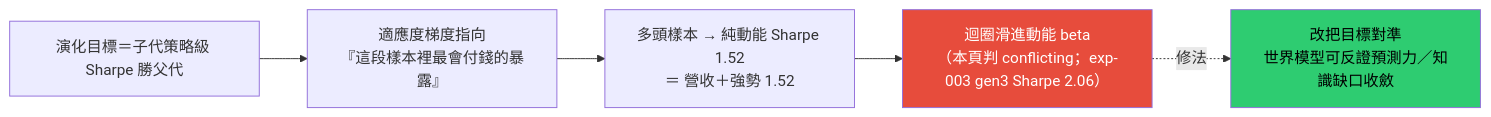
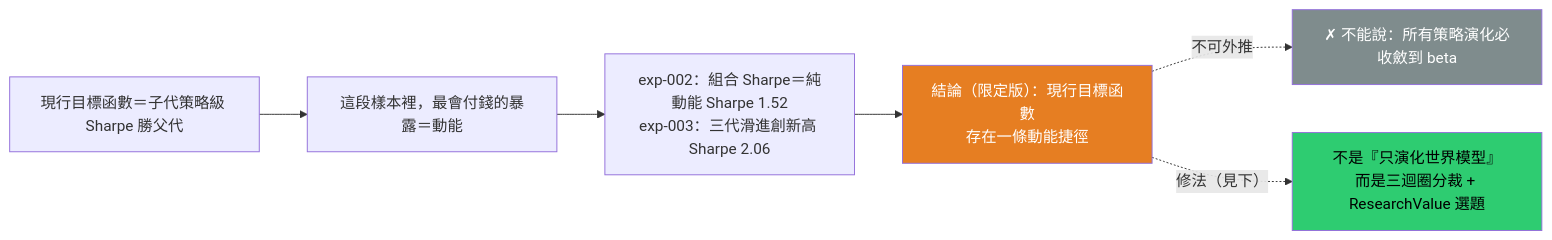
One commit to Baboonbrother/alpha-evolution-wiki changed the second of 2 diagrams in exp-002-ablation.md. Above: the diagram before and after it, drawn with Mermaid. The commit also changed other lines of this file and 30 other files, not shown here.

Commit message:
exp-004 真信念契約(MIEE已對帳,B-H-003被真證據REFUTE)+內化owner四點:W/O/B/P分離、三迴圈、ResearchValue、exp-002降級

````diff
--- a/exp-002-ablation.md
+++ b/exp-002-ablation.md
@@ -108,10 +115,12 @@
 ```mermaid
 flowchart LR
-    O["演化目標＝子代策略級 Sharpe 勝父代"]
-    O --> G["適應度梯度指向<br/>『這段樣本裡最會付錢的暴露』"]
-    G --> B["多頭樣本 → 純動能 Sharpe 1.52<br/>＝ 營收＋強勢 1.52"]
-    B --> R["迴圈滑進動能 beta<br/>（本頁判 conflicting；exp-003 gen3 Sharpe 2.06）"]
-    R -.->|"修法"| F["改把目標對準<br/>世界模型可反證預測力／知識缺口收斂"]
-    style R fill:#e74c3c,color:#fff
+    O["現行目標函數＝子代策略級 Sharpe 勝父代"]
+    O --> G["這段樣本裡，最會付錢的暴露＝動能"]
+    G --> B["exp-002：組合 Sharpe＝純動能 Sharpe 1.52<br/>exp-003：三代滑進創新高 Sharpe 2.06"]
+    B --> SHORT["結論（限定版）：現行目標函數<br/>存在一條動能捷徑"]
+    SHORT -.->|"不可外推"| NO["✗ 不能說：所有策略演化必收斂到 beta"]
+    SHORT -.->|"修法（見下）"| F["不是『只演化世界模型』<br/>而是三迴圈分裁 + ResearchValue 選題"]
+    style SHORT fill:#e67e22,color:#fff
+    style NO fill:#7f8c8d,color:#fff
     style F fill:#2ecc71,color:#000
 ```
````
